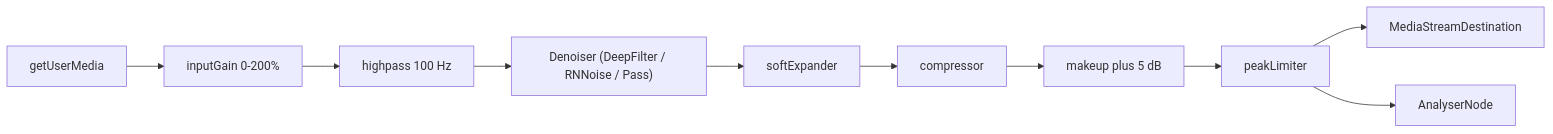
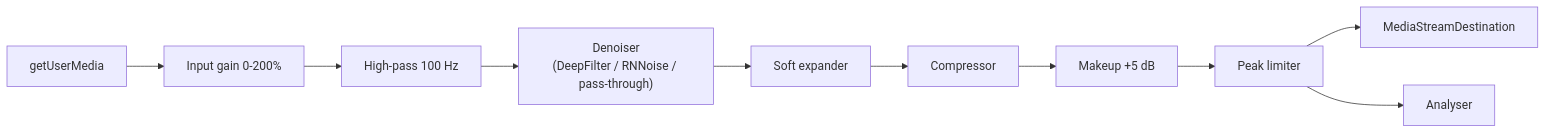
One commit to Quenary/konvoez changed the second of 3 diagrams in docs/frontend/NOISE_SUPPRESSION.md. Above: the diagram before and after it, drawn with Mermaid. The commit also changed other lines of this file and 16 other files, not shown here.

````diff
--- a/docs/frontend/NOISE_SUPPRESSION.md
+++ b/docs/frontend/NOISE_SUPPRESSION.md
@@ -47,12 +38,12 @@
 ```mermaid
 flowchart LR
-  mic[getUserMedia] --> gain[inputGain 0-200%]
-  gain --> hpf[highpass 100 Hz]
-  hpf --> denoiser["Denoiser (DeepFilter / RNNoise / Pass)"]
-  denoiser --> expander[softExpander]
-  expander --> comp[compressor]
-  comp --> makeup[makeup plus 5 dB]
-  makeup --> limiter[peakLimiter]
+  mic[getUserMedia] --> gain["Input gain 0-200%"]
+  gain --> hpf[High-pass 100 Hz]
+  hpf --> denoiser["Denoiser<br/>(DeepFilter / RNNoise / pass-through)"]
+  denoiser --> expander[Soft expander]
+  expander --> comp[Compressor]
+  comp --> makeup[Makeup +5 dB]
+  makeup --> limiter[Peak limiter]
   limiter --> dest[MediaStreamDestination]
-  limiter --> analyser[AnalyserNode]
+  limiter --> analyser[Analyser]
 ```
````
